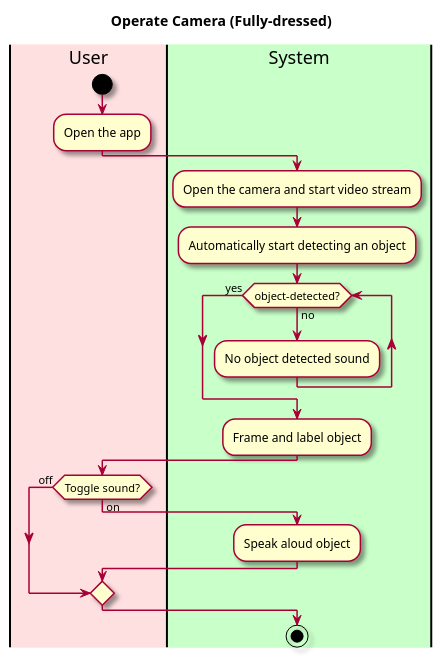
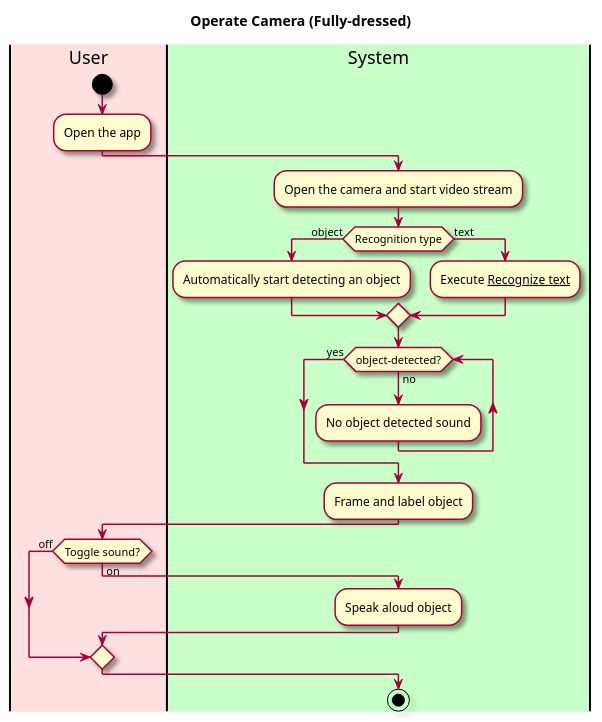
Before and after one commit to tonyh1306/OBRE-Vision-through-a-screen: the diagram in intellij/doc/use-cases/analyze-video.md, drawn with PlantUML. The commit also changed 5 other files, not shown here.

````diff
--- a/intellij/doc/use-cases/analyze-video.md
+++ b/intellij/doc/use-cases/analyze-video.md
@@ -28,31 +28,35 @@
 ```plantuml
 @startuml
 
 skin rose
 
 title Operate Camera (Fully-dressed)
 
 'define the lanes
 |#implementation|User|
 |#technology|System|
 
 |User|
 start
 :Open the app;
 
 |System|
 :Open the camera and start video stream;
+if (Recognition type) is (object) then
 :Automatically start detecting an object;
+else (text) 
+:Execute __Recognize text__;
+endif
 while (object-detected?) is (no)
 :No object detected sound;
 endwhile(yes)
 :Frame and label object;
 |User|
 if (Toggle sound?) is (on) then
 |System|
 :Speak aloud object;
 else (off)
 endif
 stop
 @enduml
 ```
````
